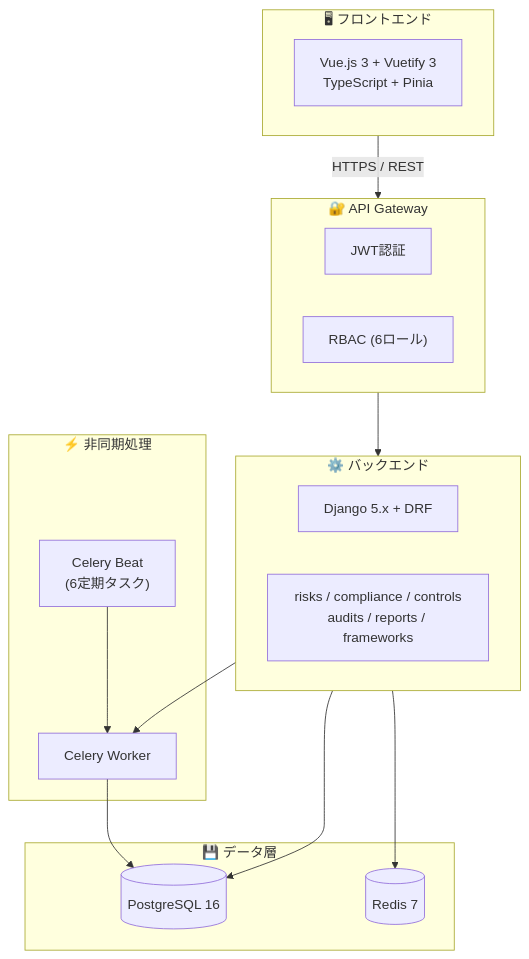
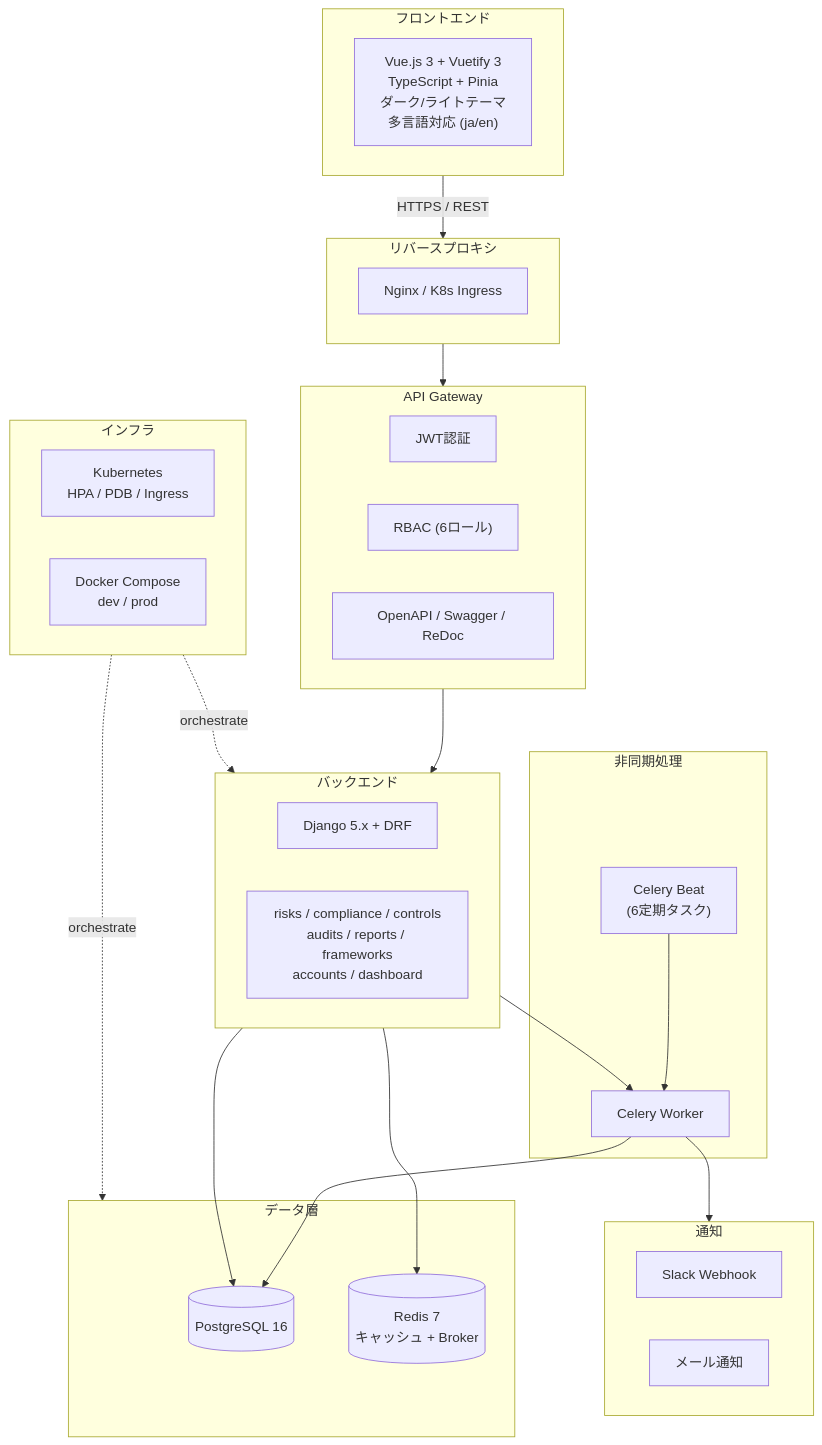
The first of 3 diagrams in README.md (Kensan196948G/Construction-GRC-System), drawn with Mermaid before and after one commit. The commit also changed other lines of this file and 12 other files, not shown here.

````diff
--- a/README.md
+++ b/README.md
@@ -53,34 +54,53 @@
 ```mermaid
 graph TD
-    subgraph Frontend["🖥 フロントエンド"]
-        VUE["Vue.js 3 + Vuetify 3<br/>TypeScript + Pinia"]
+    subgraph Client["フロントエンド"]
+        VUE["Vue.js 3 + Vuetify 3<br/>TypeScript + Pinia<br/>ダーク/ライトテーマ<br/>多言語対応 (ja/en)"]
     end
 
-    subgraph API["🔐 API Gateway"]
+    subgraph Ingress["リバースプロキシ"]
+        NGINX["Nginx / K8s Ingress"]
+    end
+
+    subgraph API["API Gateway"]
         JWT["JWT認証"]
         RBAC["RBAC (6ロール)"]
+        SWAGGER["OpenAPI / Swagger / ReDoc"]
     end
 
-    subgraph Backend["⚙️ バックエンド"]
+    subgraph Backend["バックエンド"]
         DJANGO["Django 5.x + DRF"]
-        APPS["risks / compliance / controls<br/>audits / reports / frameworks"]
+        APPS["risks / compliance / controls<br/>audits / reports / frameworks<br/>accounts / dashboard"]
     end
 
-    subgraph Workers["⚡ 非同期処理"]
+    subgraph Workers["非同期処理"]
         CELERY["Celery Worker"]
         BEAT["Celery Beat<br/>(6定期タスク)"]
     end
 
-    subgraph Data["💾 データ層"]
-        PG[("PostgreSQL 16")]
-        REDIS[("Redis 7")]
+    subgraph Notify["通知"]
+        SLACK["Slack Webhook"]
+        EMAIL["メール通知"]
     end
 
-    Frontend -->|HTTPS / REST| API
+    subgraph Data["データ層"]
+        PG[("PostgreSQL 16")]
+        REDIS[("Redis 7<br/>キャッシュ + Broker")]
+    end
+
+    subgraph Infra["インフラ"]
+        K8S["Kubernetes<br/>HPA / PDB / Ingress"]
+        DOCKER["Docker Compose<br/>dev / prod"]
+    end
+
+    Client -->|HTTPS / REST| Ingress
+    Ingress --> API
     API --> Backend
     Backend --> PG
     Backend --> REDIS
     Backend --> CELERY
     BEAT --> CELERY
     CELERY --> PG
+    CELERY --> Notify
+    Infra -.->|orchestrate| Backend
+    Infra -.->|orchestrate| Data
 ```
````
